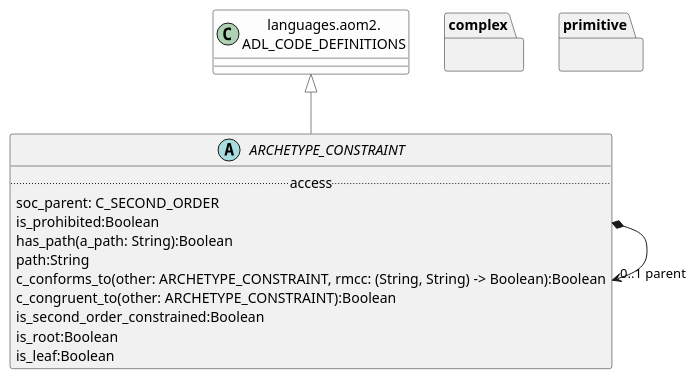
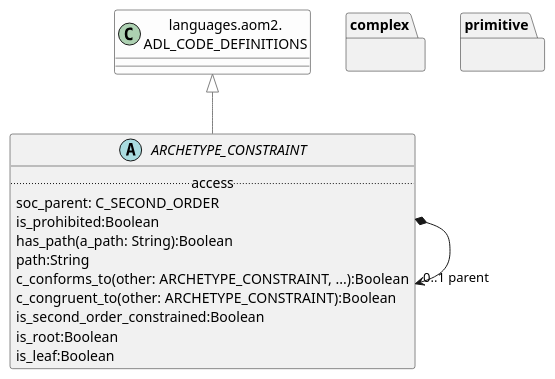
The diagram in modules/ROOT/examples/bmm/languages/aom2/constraint_model/constraint_model-package-uml.adoc (wolandscat/openehr-doc), drawn with PlantUML before and after one commit. The commit also changed 26 other files, not shown here.

```diff
--- a/modules/ROOT/examples/bmm/languages/aom2/constraint_model/constraint_model-package-uml.adoc
+++ b/modules/ROOT/examples/bmm/languages/aom2/constraint_model/constraint_model-package-uml.adoc
@@ -3,33 +3,33 @@
 [plantuml,opts=interactive,link=self]
 ....
 skinparam groupInheritance 2
 skinparam citedClassColor #FDFDFD
 
 
 abstract class ARCHETYPE_CONSTRAINT [[/openehr-doc/latest/languages/aom2-gen.html#_class_archetype_constraint]] {
         .. access ..
         soc_parent: C_SECOND_ORDER
         is_prohibited:Boolean
         has_path(a_path: String):Boolean
         path:String
-        c_conforms_to(other: ARCHETYPE_CONSTRAINT, rmcc: (String, String) -> Boolean):Boolean
+        c_conforms_to(other: ARCHETYPE_CONSTRAINT, ...):Boolean
         c_congruent_to(other: ARCHETYPE_CONSTRAINT):Boolean
         is_second_order_constrained:Boolean
         is_root:Boolean
         is_leaf:Boolean
 }
 
 ARCHETYPE_CONSTRAINT -[#gray]up-|> ADL_CODE_DEFINITIONS  
 
 
 ARCHETYPE_CONSTRAINT *--> "0..1 parent" ARCHETYPE_CONSTRAINT
 class "languages.aom2.\nADL_CODE_DEFINITIONS" as ADL_CODE_DEFINITIONS  [[/openehr-doc/latest/languages/aom2-gen.html#_class_adl_code_definitions]] #FDFDFD {
 }
 
 package complex {
 }
 
 package primitive {
 }
 
 ....
```
